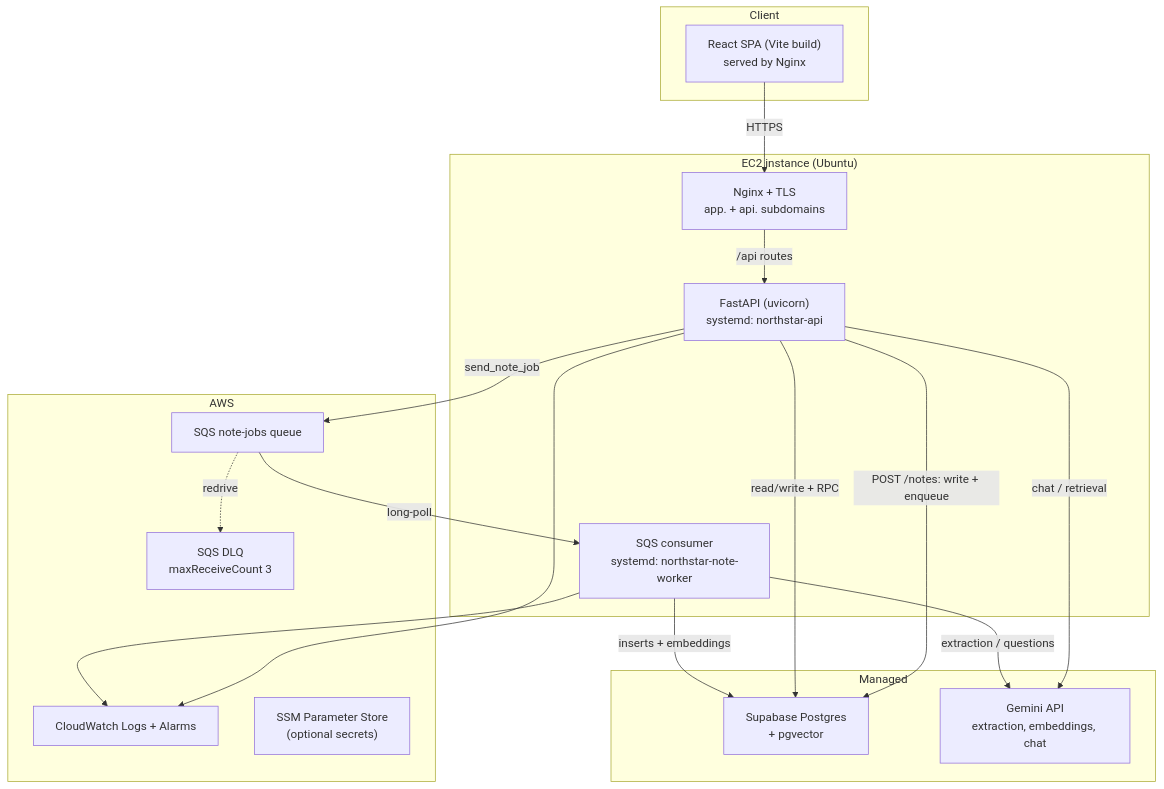
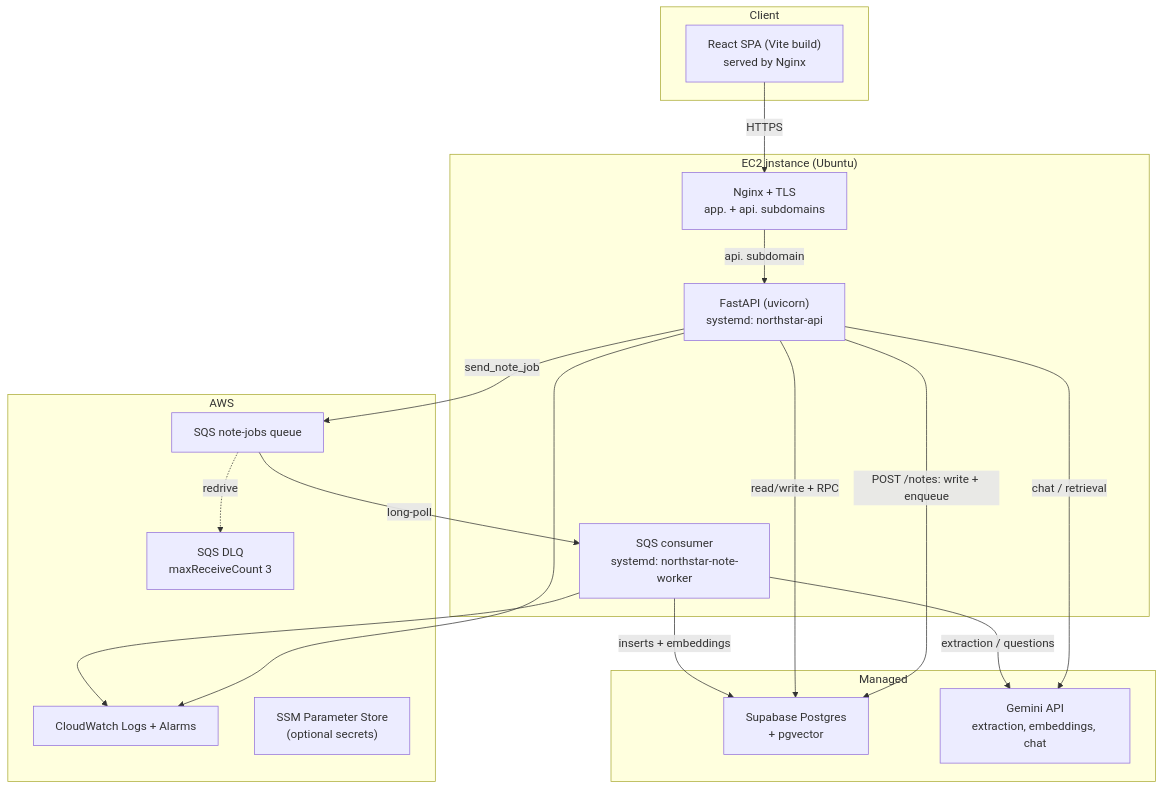
Before and after one commit to anandv-codes/NorthStar: the diagram in docs/ec2_deployment.md, drawn with Mermaid. The commit also changed other lines of this file and 4 other files, not shown here.

````diff
--- a/docs/ec2_deployment.md
+++ b/docs/ec2_deployment.md
@@ -16,37 +21,37 @@
 ```mermaid
 flowchart TB
     subgraph Client
         FE["React SPA (Vite build)<br/>served by Nginx"]
     end
 
     subgraph EC2["EC2 instance (Ubuntu)"]
         Nginx["Nginx + TLS<br/>app. + api. subdomains"]
         API["FastAPI (uvicorn)<br/>systemd: northstar-api"]
         Worker["SQS consumer<br/>systemd: northstar-note-worker"]
     end
 
     subgraph AWS
         SQS["SQS note-jobs queue"]
         DLQ["SQS DLQ<br/>maxReceiveCount 3"]
         CW["CloudWatch Logs + Alarms"]
         SSM["SSM Parameter Store<br/>(optional secrets)"]
     end
 
     subgraph Managed
         Supabase["Supabase Postgres<br/>+ pgvector"]
         Gemini["Gemini API<br/>extraction, embeddings, chat"]
     end
 
     FE -->|"HTTPS"| Nginx
-    Nginx -->|"/api routes"| API
+    Nginx -->|"api. subdomain"| API
     API -->|"POST /notes: write + enqueue"| Supabase
     API -->|"send_note_job"| SQS
     API -->|"chat / retrieval"| Gemini
     API -->|"read/write + RPC"| Supabase
     SQS -->|"long-poll"| Worker
     SQS -.->|"redrive"| DLQ
     Worker -->|"extraction / questions"| Gemini
     Worker -->|"inserts + embeddings"| Supabase
     API --> CW
     Worker --> CW
 ```
````
